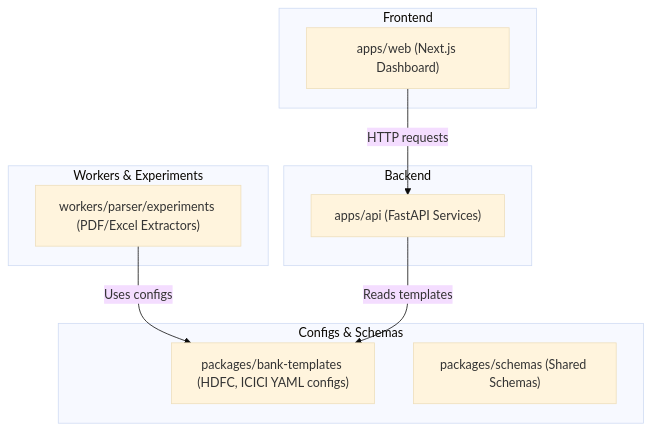
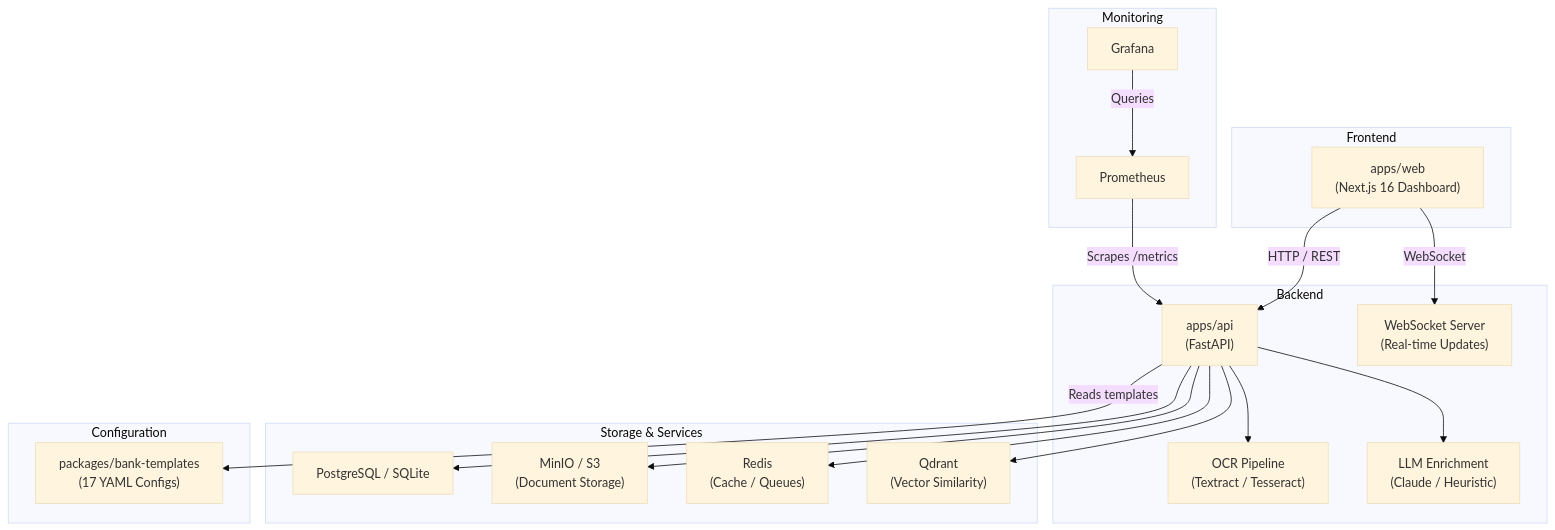
The first of 5 diagrams in README.md (RathlavathArun/Bank_statement_scanner), drawn with Mermaid (base theme) before and after one commit. The commit also changed other lines of this file and 2 other files, not shown here.

First line of the commit message:
fix(ocr): fix Textract region leading space & add 2-stage IAM credentials probe

````diff
--- a/README.md
+++ b/README.md
@@ -11,23 +58,41 @@
 ```mermaid
 graph TD
-    subgraph Frontend
-        Web["apps/web (Next.js Dashboard)"]
+    subgraph "Frontend"
+        Web["apps/web<br/>(Next.js 16 Dashboard)"]
     end
 
-    subgraph Backend
-        API["apps/api (FastAPI Services)"]
+    subgraph "Backend"
+        API["apps/api<br/>(FastAPI)"]
+        OCR["OCR Pipeline<br/>(Textract / Tesseract)"]
+        LLM["LLM Enrichment<br/>(Claude / Heuristic)"]
+        WS["WebSocket Server<br/>(Real-time Updates)"]
     end
 
-    subgraph Workers & Experiments
-        Parser["workers/parser/experiments (PDF/Excel Extractors)"]
+    subgraph "Storage & Services"
+        DB["PostgreSQL / SQLite"]
+        S3["MinIO / S3<br/>(Document Storage)"]
+        Redis["Redis<br/>(Cache / Queues)"]
+        Qdrant["Qdrant<br/>(Vector Similarity)"]
     end
 
-    subgraph Configs & Schemas
-        Templates["packages/bank-templates (HDFC, ICICI YAML configs)"]
-        Schemas["packages/schemas (Shared Schemas)"]
+    subgraph "Configuration"
+        Templates["packages/bank-templates<br/>(17 YAML Configs)"]
     end
 
-    Web -->|HTTP requests| API
-    Parser -->|Uses configs| Templates
-    API -->|Reads templates| Templates
+    subgraph "Monitoring"
+        Prom["Prometheus"]
+        Graf["Grafana"]
+    end
+
+    Web -->|"HTTP / REST"| API
+    Web -->|"WebSocket"| WS
+    API --> OCR
+    API --> LLM
+    API --> DB
+    API --> S3
+    API --> Redis
+    API --> Qdrant
+    API -->|"Reads templates"| Templates
+    Prom -->|"Scrapes /metrics"| API
+    Graf -->|"Queries"| Prom
 ```
````
